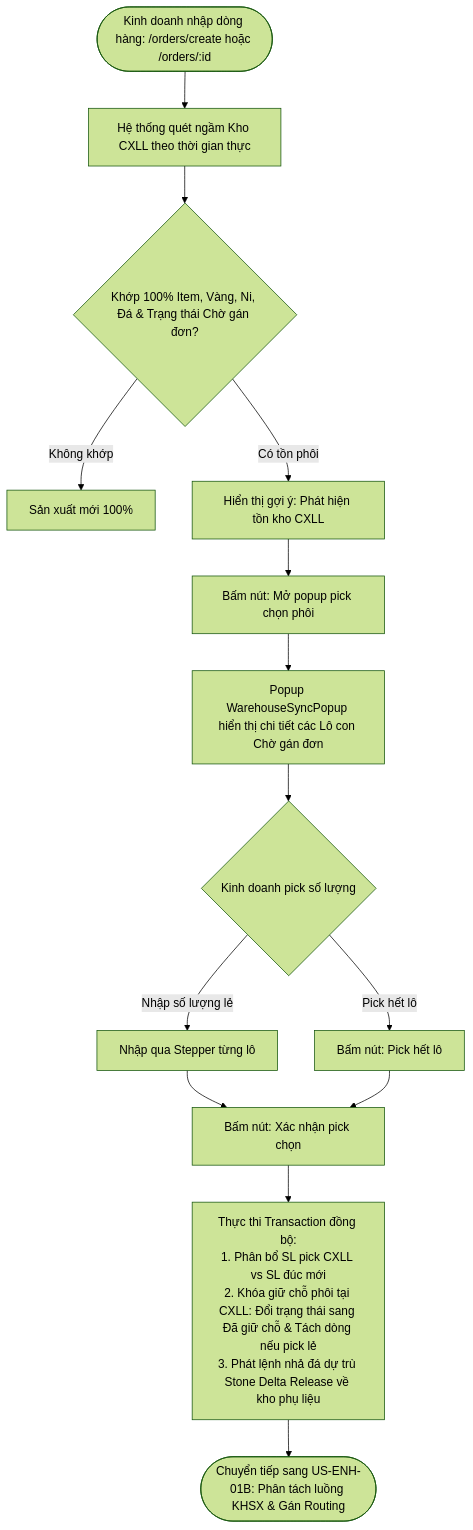
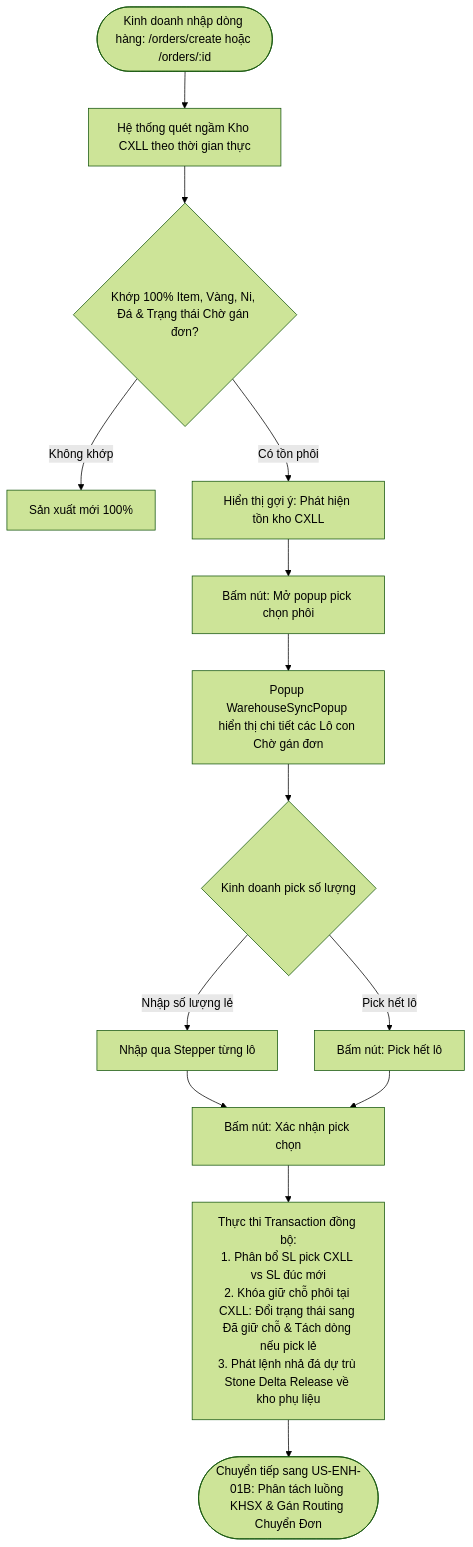
The diagram in docs/user-stories/US-ENH-01A-dong-bo-du-lieu-kho-voi-don-hang.md (midumidu1213-collab/order-prototype), drawn with Mermaid (forest theme) before and after one commit. The commit also changed 3 other files, not shown here.

Commit message:
docs: update terminology to Item/Routing Chuyen Don, BOM = 0, and clarify QLDH vs KHSX responsibilities

````diff
--- a/docs/user-stories/US-ENH-01A-dong-bo-du-lieu-kho-voi-don-hang.md
+++ b/docs/user-stories/US-ENH-01A-dong-bo-du-lieu-kho-voi-don-hang.md
@@ -110,20 +110,20 @@
 ```mermaid
 flowchart TD
     Start([Kinh doanh nhập dòng hàng: /orders/create hoặc /orders/:id]) --> Scan[Hệ thống quét ngầm Kho CXLL theo thời gian thực]
     Scan --> CheckMatch{Khớp 100% Item, Vàng, Ni, Đá & Trạng thái Chờ gán đơn?}
     CheckMatch -->|Không khớp| Normal[Sản xuất mới 100%]
     CheckMatch -->|Có tồn phôi| ShowBanner[Hiển thị gợi ý: Phát hiện tồn kho CXLL]
     
     ShowBanner --> ClickOpen[Bấm nút: Mở popup pick chọn phôi]
     ClickOpen --> OpenPopup[Popup WarehouseSyncPopup hiển thị chi tiết các Lô con Chờ gán đơn]
     
     OpenPopup --> PickQty{Kinh doanh pick số lượng}
     PickQty -->|Nhập số lượng lẻ| StepperInput[Nhập qua Stepper từng lô]
     PickQty -->|Pick hết lô| PickAllBtn[Bấm nút: Pick hết lô]
     
     StepperInput --> ClickConfirm[Bấm nút: Xác nhận pick chọn]
     PickAllBtn --> ClickConfirm
     
     ClickConfirm --> ExecuteTx[Thực thi Transaction đồng bộ:<br>1. Phân bổ SL pick CXLL vs SL đúc mới<br>2. Khóa giữ chỗ phôi tại CXLL: Đổi trạng thái sang Đã giữ chỗ & Tách dòng nếu pick lẻ<br>3. Phát lệnh nhả đá dự trù Stone Delta Release về kho phụ liệu]
-    ExecuteTx --> Done([Chuyển tiếp sang US-ENH-01B: Phân tách luồng KHSX & Gán Routing])
+    ExecuteTx --> Done([Chuyển tiếp sang US-ENH-01B: Phân tách luồng KHSX & Gán Routing Chuyển Đơn])
 ```
````
